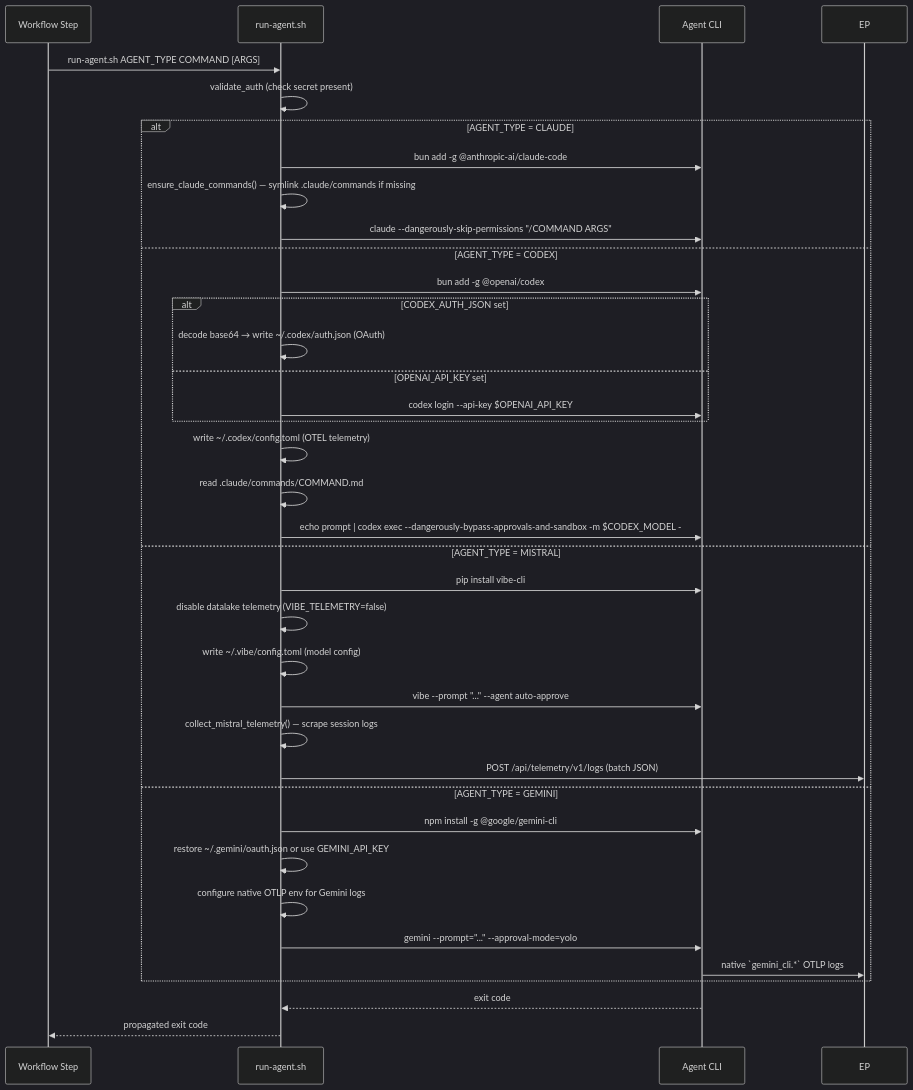
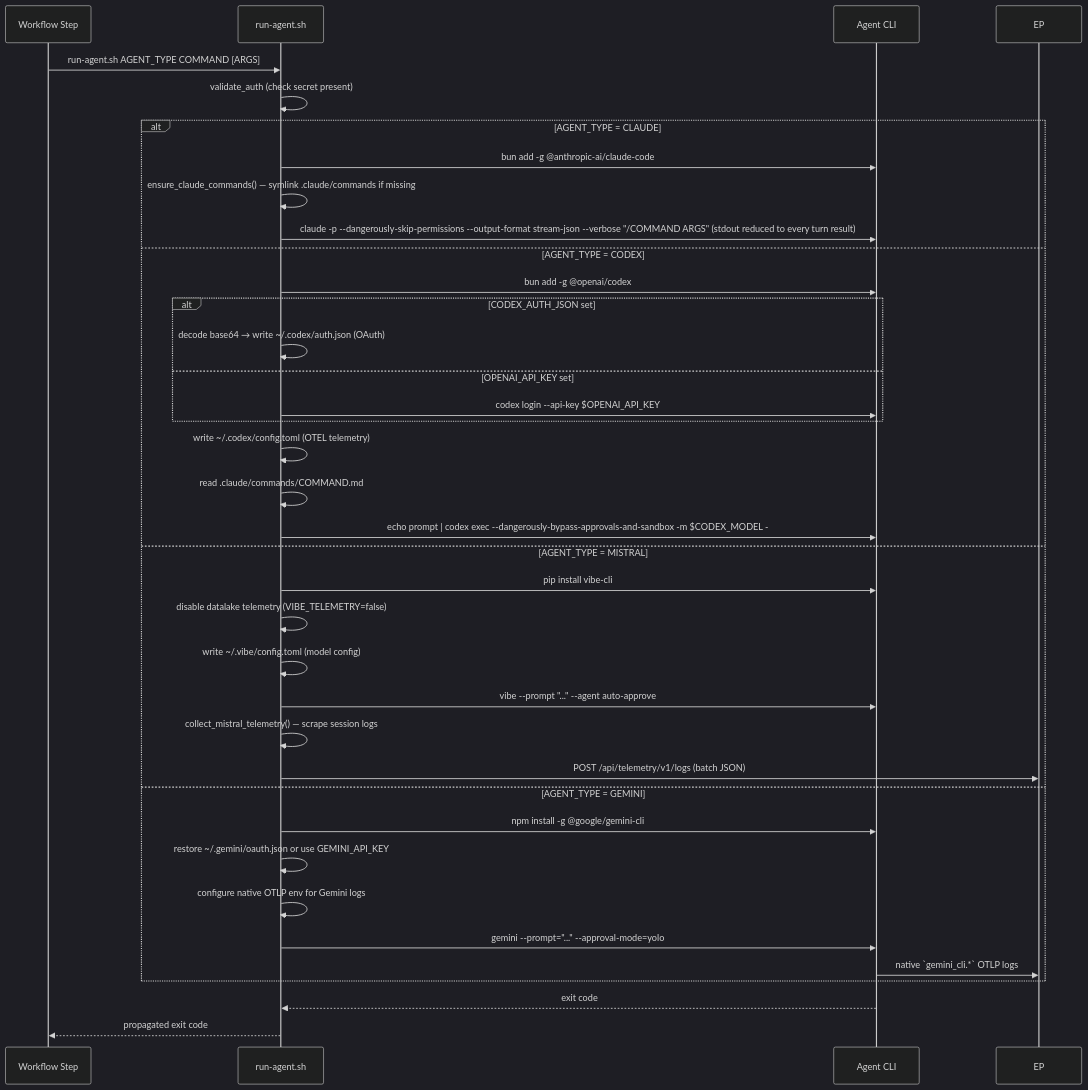
One commit to bfernandez31/ai-board changed the second of 2 diagrams in specs/specifications/technical/implementation/integrations/github.md. Above: the diagram before and after it, drawn with Mermaid (dark theme). The commit also changed other lines of this file and 2 other files, not shown here.

Commit message:
fix(workflows): keep every Claude turn result on run-agent stdout
Print mode only writes the last result. With recent Claude Code CLI
versions, a background task (Monitor, run_in_background) finishing after
the agent's answer wakes it for an extra turn, and that wake-up reply
replaced the real answer on stdout. On AIB-885 this dropped the
QUALITY_SCORE_JSON marker, so the verify job completed without a score.

invoke_claude now runs the CLI with stream-json output and prints the
text of every result event in order.

````diff
--- a/specs/specifications/technical/implementation/integrations/github.md
+++ b/specs/specifications/technical/implementation/integrations/github.md
@@ -492,39 +492,39 @@
 ```mermaid
 sequenceDiagram
     participant WF as Workflow Step
     participant RS as run-agent.sh
     participant CLI as Agent CLI
 
     WF->>RS: run-agent.sh AGENT_TYPE COMMAND [ARGS]
     RS->>RS: validate_auth (check secret present)
     alt AGENT_TYPE = CLAUDE
         RS->>CLI: bun add -g @anthropic-ai/claude-code
         RS->>RS: ensure_claude_commands() — symlink .claude/commands if missing
-        RS->>CLI: claude --dangerously-skip-permissions "/COMMAND ARGS"
+        RS->>CLI: claude -p --dangerously-skip-permissions --output-format stream-json --verbose "/COMMAND ARGS" (stdout reduced to every turn result)
     else AGENT_TYPE = CODEX
         RS->>CLI: bun add -g @openai/codex
         alt CODEX_AUTH_JSON set
             RS->>RS: decode base64 → write ~/.codex/auth.json (OAuth)
         else OPENAI_API_KEY set
             RS->>CLI: codex login --api-key $OPENAI_API_KEY
         end
         RS->>RS: write ~/.codex/config.toml (OTEL telemetry)
         RS->>RS: read .claude/commands/COMMAND.md
         RS->>CLI: echo prompt | codex exec --dangerously-bypass-approvals-and-sandbox -m $CODEX_MODEL -
     else AGENT_TYPE = MISTRAL
         RS->>CLI: pip install vibe-cli
         RS->>RS: disable datalake telemetry (VIBE_TELEMETRY=false)
         RS->>RS: write ~/.vibe/config.toml (model config)
         RS->>CLI: vibe --prompt "..." --agent auto-approve
         RS->>RS: collect_mistral_telemetry() — scrape session logs
         RS->>EP: POST /api/telemetry/v1/logs (batch JSON)
     else AGENT_TYPE = GEMINI
         RS->>CLI: npm install -g @google/gemini-cli
         RS->>RS: restore ~/.gemini/oauth.json or use GEMINI_API_KEY
         RS->>RS: configure native OTLP env for Gemini logs
         RS->>CLI: gemini --prompt="..." --approval-mode=yolo
         CLI->>EP: native `gemini_cli.*` OTLP logs
     end
     CLI-->>RS: exit code
     RS-->>WF: propagated exit code
 ```
````
